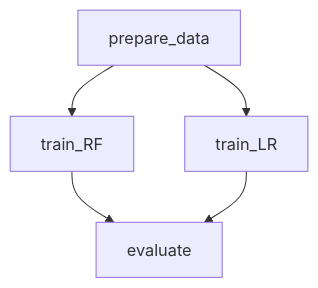
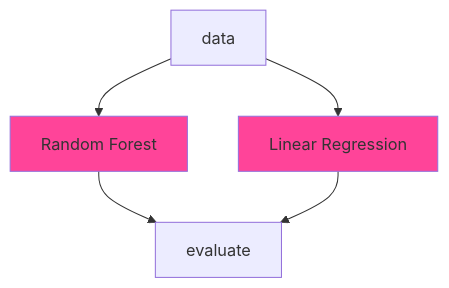
Before and after one commit to mnrozhkov/dvc-patterns: the first of 2 diagrams in README.md, drawn with Mermaid. The commit also changed other lines of this file, not shown here.

````diff
--- a/README.md
+++ b/README.md
@@ -38,7 +36,9 @@
 ```mermaid
 graph TD;
-    prepare_data --> train_RF["train_RF"];
-    prepare_data --> train_LR["train_LR"];
-    train_RF --> evaluate;
-    train_LR --> evaluate;
+    data --> train_rf["Random Forest"]:::focusStyle;
+    data --> train_lr["Linear Regression"]:::focusStyle;
+    train_rf --> evaluate;
+    train_lr --> evaluate;
+
+    classDef focusStyle fill:#f49f,stroke-width:1px
 ```
````
